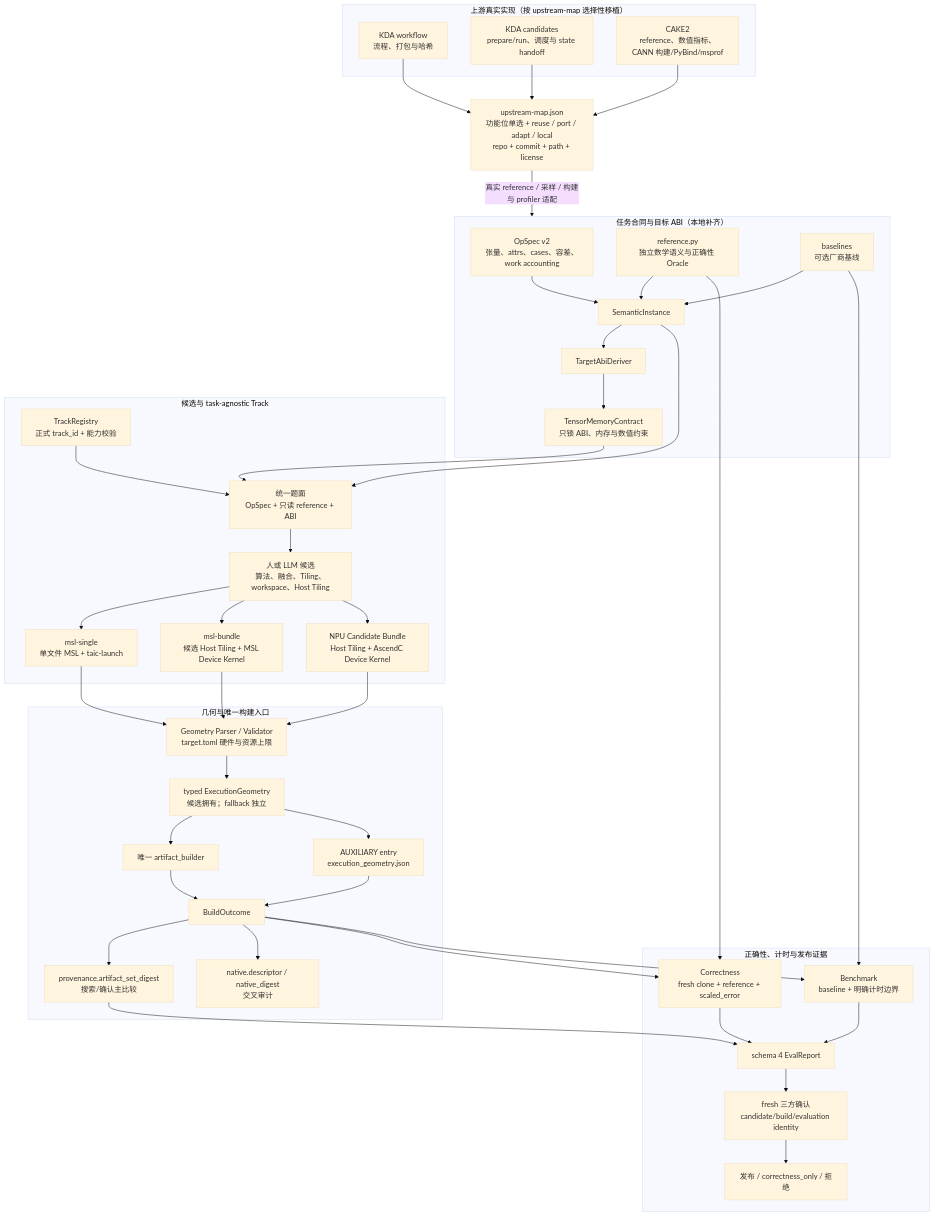
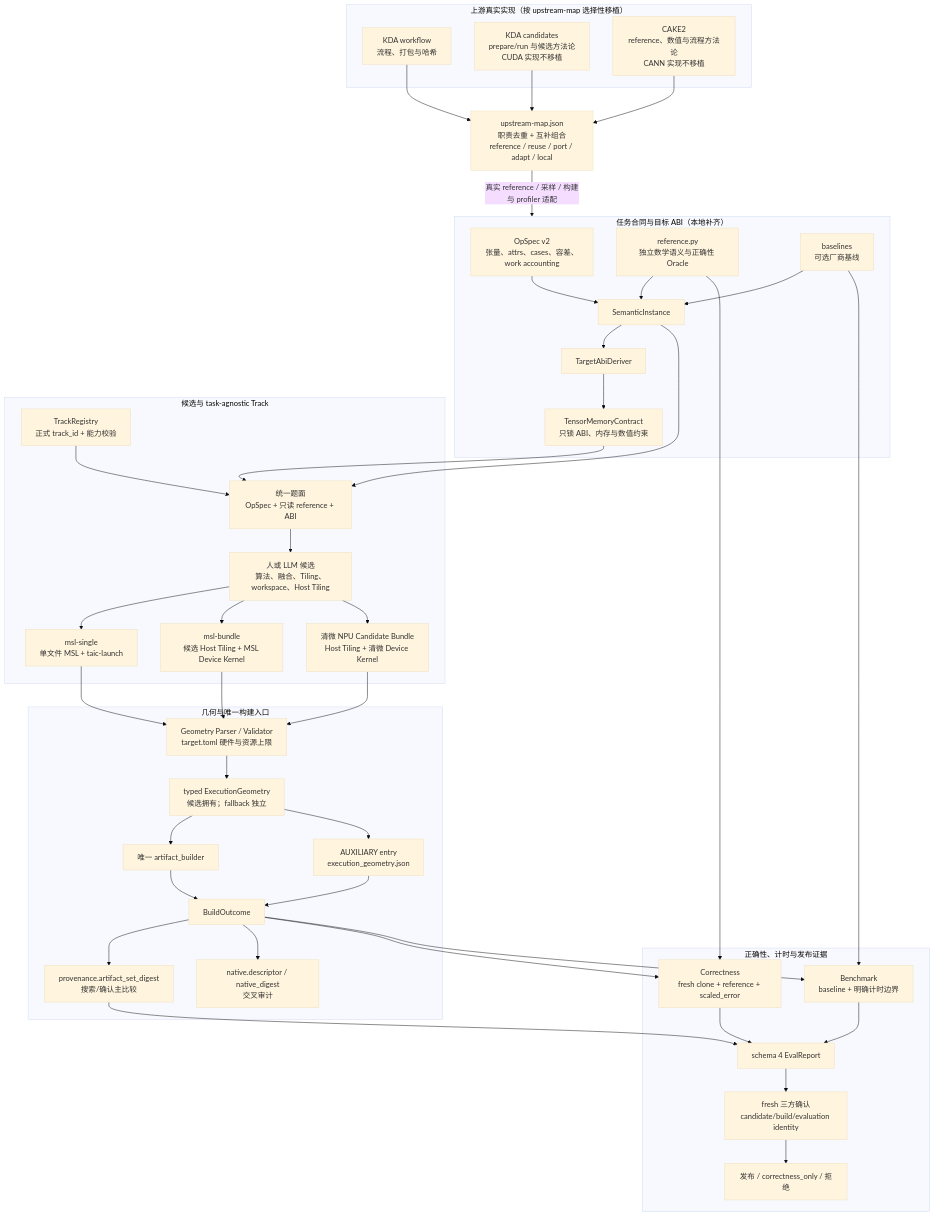
Before and after one commit to kuafuwang/ShapeForge: the diagram in docs/架构/跨硬件算子生成分工_9aef8d3a.plan.md, drawn with Mermaid (base theme). The commit also changed other lines of this file and 1 other file, not shown here.

````diff
--- a/docs/架构/跨硬件算子生成分工_9aef8d3a.plan.md
+++ b/docs/架构/跨硬件算子生成分工_9aef8d3a.plan.md
@@ -82,79 +98,79 @@
 ```mermaid
 flowchart TB
   subgraph UP["上游真实实现（按 upstream-map 选择性移植）"]
     KW["KDA workflow<br/>流程、打包与哈希"]
-    KK["KDA candidates<br/>prepare/run、调度与 state handoff"]
-    CK["CAKE2<br/>reference、数值指标、CANN 构建/PyBind/msprof"]
+    KK["KDA candidates<br/>prepare/run 与候选方法论<br/>CUDA 实现不移植"]
+    CK["CAKE2<br/>reference、数值与流程方法论<br/>CANN 实现不移植"]
   end
 
-  MAP["upstream-map.json<br/>功能位单选 + reuse / port / adapt / local<br/>repo + commit + path + license"]
+  MAP["upstream-map.json<br/>职责去重 + 互补组合<br/>reference / reuse / port / adapt / local"]
   KW --> MAP
   KK --> MAP
   CK --> MAP
 
   subgraph TC["任务合同与目标 ABI（本地补齐）"]
     OS["OpSpec v2<br/>张量、attrs、cases、容差、work accounting"]
     RF["reference.py<br/>独立数学语义与正确性 Oracle"]
     BL["baselines<br/>可选厂商基线"]
     SI["SemanticInstance"]
     ABI["TargetAbiDeriver"]
     TMC["TensorMemoryContract<br/>只锁 ABI、内存与数值约束"]
     OS --> SI
     RF --> SI
     BL --> SI
     SI --> ABI --> TMC
   end
 
   MAP -->|"真实 reference / 采样 / 构建与 profiler 适配"| TC
 
   subgraph CT["候选与 task-agnostic Track"]
     TR["TrackRegistry<br/>正式 track_id + 能力校验"]
     PR["统一题面<br/>OpSpec + 只读 reference + ABI"]
     CA["人或 LLM 候选<br/>算法、融合、Tiling、workspace、Host Tiling"]
     MS["msl-single<br/>单文件 MSL + taic-launch"]
     MB["msl-bundle<br/>候选 Host Tiling + MSL Device Kernel"]
-    NP["NPU Candidate Bundle<br/>Host Tiling + AscendC Device Kernel"]
+    NP["清微 NPU Candidate Bundle<br/>Host Tiling + 清微 Device Kernel"]
     TR --> PR --> CA
     CA --> MS
     CA --> MB
     CA --> NP
   end
 
   SI --> PR
   TMC --> PR
 
   subgraph EX["几何与唯一构建入口"]
     GV["Geometry Parser / Validator<br/>target.toml 硬件与资源上限"]
     EG["typed ExecutionGeometry<br/>候选拥有；fallback 独立"]
     AB["唯一 artifact_builder"]
     BO["BuildOutcome"]
     GE["AUXILIARY entry<br/>execution_geometry.json"]
     AD["provenance.artifact_set_digest<br/>搜索/确认主比较"]
     ND["native.descriptor / native_digest<br/>交叉审计"]
     GV --> EG --> AB --> BO
     EG --> GE --> BO
     BO --> AD
     BO --> ND
   end
 
   MS --> GV
   MB --> GV
   NP --> GV
 
   subgraph EV["正确性、计时与发布证据"]
     CR["Correctness<br/>fresh clone + reference + scaled_error"]
     TM["Benchmark<br/>baseline + 明确计时边界"]
     R4["schema 4 EvalReport"]
     CF["fresh 三方确认<br/>candidate/build/evaluation identity"]
     PB["发布 / correctness_only / 拒绝"]
     CR --> R4
     TM --> R4
     AD --> R4
     R4 --> CF --> PB
   end
 
   RF --> CR
   BO --> CR
   BL --> TM
   BO --> TM
 ```
````
